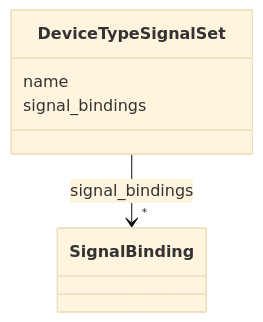
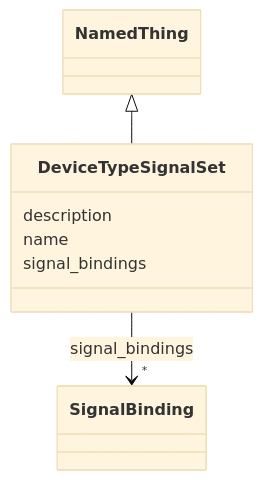
One commit to pals-project/pals-facility-config changed the diagram in docs_narad/DeviceTypeSignalSet.md. Above: the diagram before and after it, drawn with Mermaid (base theme). The commit also changed other lines of this file and 235 other files, not shown here.

Commit message:
aligned schema to SOSA SNN, gen-project gendocs and validate all work

````diff
--- a/docs_narad/DeviceTypeSignalSet.md
+++ b/docs_narad/DeviceTypeSignalSet.md
@@ -18,19 +18,24 @@
 ```mermaid
  classDiagram
     class DeviceTypeSignalSet
     click DeviceTypeSignalSet href "../DeviceTypeSignalSet/"
+      NamedThing <|-- DeviceTypeSignalSet
+        click NamedThing href "../NamedThing/"
+      
+      DeviceTypeSignalSet : description
+        
       DeviceTypeSignalSet : name
         
       DeviceTypeSignalSet : signal_bindings
         
           
     
         
         
         DeviceTypeSignalSet --> "*" SignalBinding : signal_bindings
         click SignalBinding href "../SignalBinding/"
     
 
         
       
 ```
````
